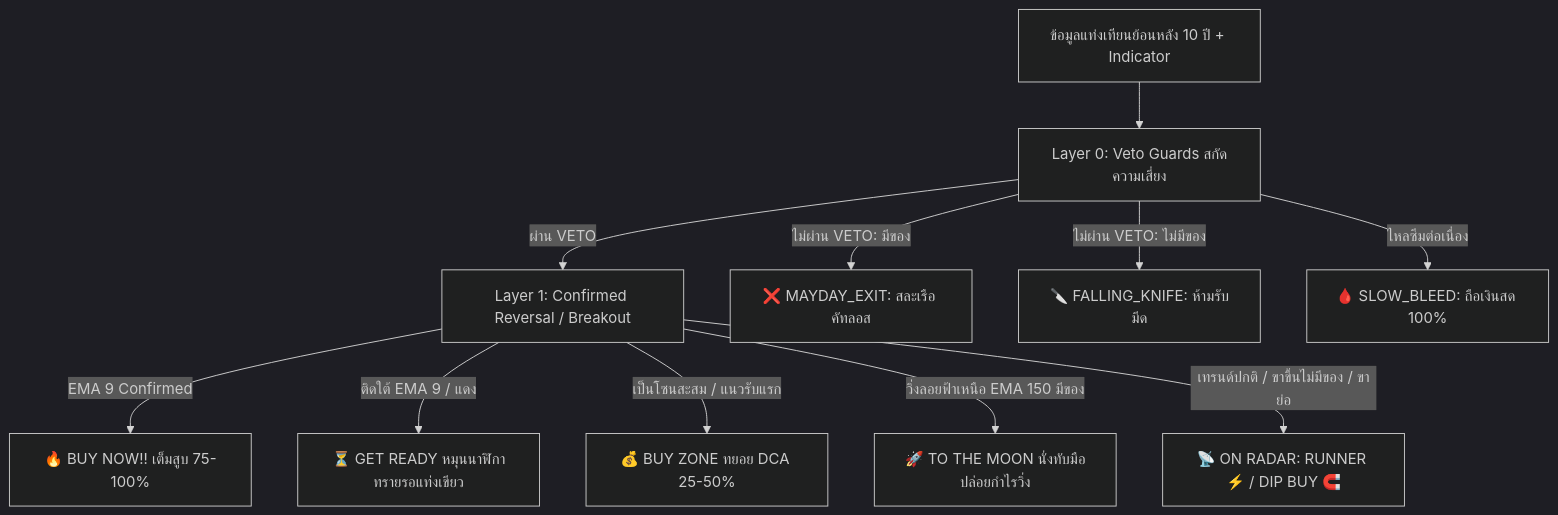
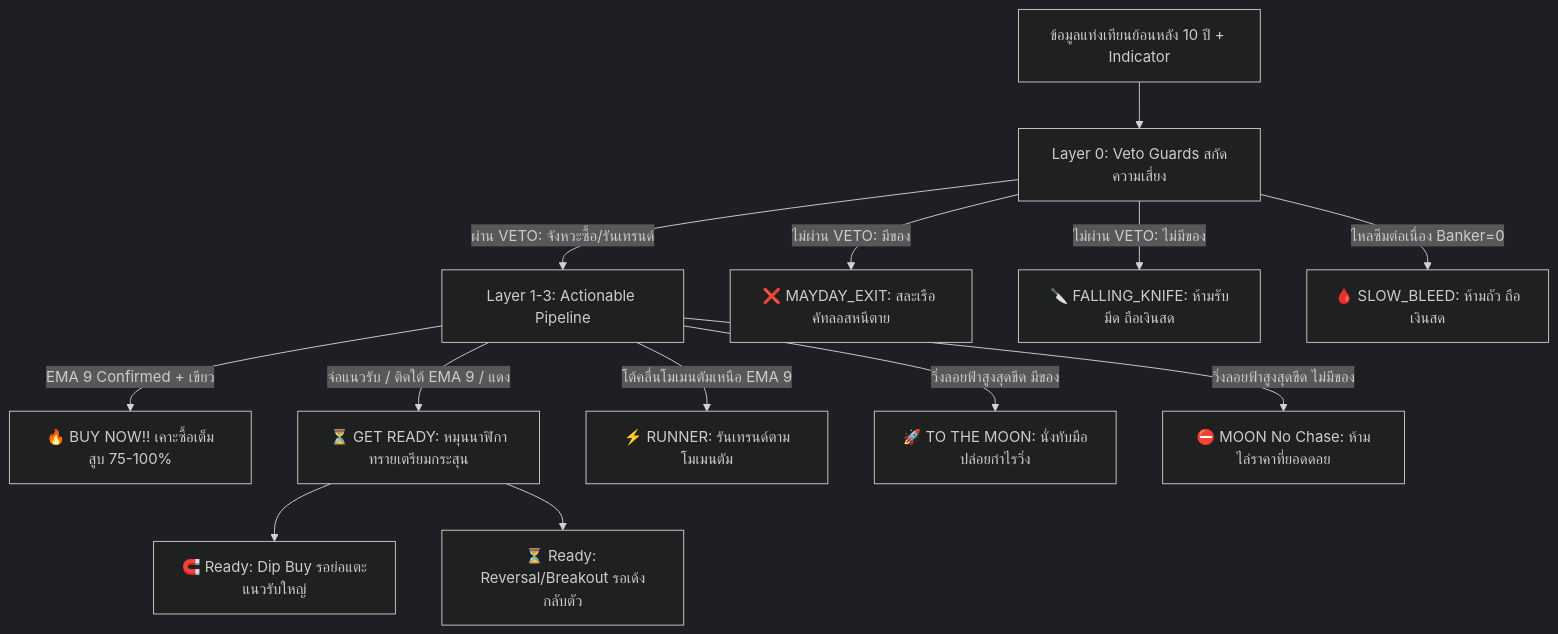
One commit to TheDarkXX/MyProjects changed the diagram in My Stock Portfolio/docs/SIGNAL_MATRIX_GUIDE.md. Above: the diagram before and after it, drawn with Mermaid (dark theme). The commit also changed other lines of this file and 5 other files, not shown here.

Commit message:
[AG] Auto-Save V2.38.1: X-Chart Watchlist 7-Tier Sorting, Context Menu, Reversal Icon Refine & Signal Matrix Guide V2.38.1 Sync

````diff
--- a/My Stock Portfolio/docs/SIGNAL_MATRIX_GUIDE.md
+++ b/My Stock Portfolio/docs/SIGNAL_MATRIX_GUIDE.md
@@ -19,15 +25,17 @@
 ```mermaid
 graph TD
     PriceData[ข้อมูลแท่งเทียนย้อนหลัง 10 ปี + Indicator] --> L0[Layer 0: Veto Guards สกัดความเสี่ยง]
-    L0 -->|ผ่าน VETO| L1[Layer 1: Confirmed Reversal / Breakout]
-    L0 -->|ไม่ผ่าน VETO: มีของ| Mayday[❌ MAYDAY_EXIT: สละเรือ คัทลอส]
-    L0 -->|ไม่ผ่าน VETO: ไม่มีของ| Knife[🔪 FALLING_KNIFE: ห้ามรับมีด]
-    L0 -->|ไหลซึมต่อเนื่อง| Bleed[🩸 SLOW_BLEED: ถือเงินสด 100%]
+    L0 -->|ผ่าน VETO: จังหวะซื้อ/รันเทรนด์| L1[Layer 1-3: Actionable Pipeline]
+    L0 -->|ไม่ผ่าน VETO: มีของ| Mayday[❌ MAYDAY_EXIT: สละเรือ คัทลอสหนีตาย]
+    L0 -->|ไม่ผ่าน VETO: ไม่มีของ| Knife[🔪 FALLING_KNIFE: ห้ามรับมีด ถือเงินสด]
+    L0 -->|ไหลซึมต่อเนื่อง Banker=0| Bleed[🩸 SLOW_BLEED: ห้ามถัว ถือเงินสด]
     
-    L1 -->|EMA 9 Confirmed| BuyNow[🔥 BUY NOW!! เต็มสูบ 75-100%]
-    L1 -->|ติดใต้ EMA 9 / แดง| Ready[⏳ GET READY หมุนนาฬิกาทรายรอแท่งเขียว]
+    L1 -->|EMA 9 Confirmed + เขียว| BuyNow[🔥 BUY NOW!! เคาะซื้อเต็มสูบ 75-100%]
+    L1 -->|จ่อแนวรับ / ติดใต้ EMA 9 / แดง| Ready[⏳ GET READY: หมุนนาฬิกาทรายเตรียมกระสุน]
+    Ready --> ReadyDip[🧲 Ready: Dip Buy รอย่อแตะแนวรับใหญ่]
+    Ready --> ReadyRev[⏳ Ready: Reversal/Breakout รอเด้งกลับตัว]
     
-    L1 -->|เป็นโซนสะสม / แนวรับแรก| BuyZone[💰 BUY ZONE ทยอย DCA 25-50%]
-    L1 -->|วิ่งลอยฟ้าเหนือ EMA 150 มีของ| Moon[🚀 TO THE MOON นั่งทับมือปล่อยกำไรวิ่ง]
-    L1 -->|เทรนด์ปกติ / ขาขึ้นไม่มีของ / ขาย่อ| Radar[📡 ON RADAR: RUNNER ⚡ / DIP BUY 🧲]
+    L1 -->|โต้คลื่นโมเมนตัมเหนือ EMA 9| Runner[⚡ RUNNER: รันเทรนด์ตามโมเมนตัม]
+    L1 -->|วิ่งลอยฟ้าสูงสุดขีด มีของ| Moon[🚀 TO THE MOON: นั่งทับมือปล่อยกำไรวิ่ง]
+    L1 -->|วิ่งลอยฟ้าสูงสุดขีด ไม่มีของ| MoonNoChase[⛔ MOON No Chase: ห้ามไล่ราคาที่ยอดดอย]
 ```
````
